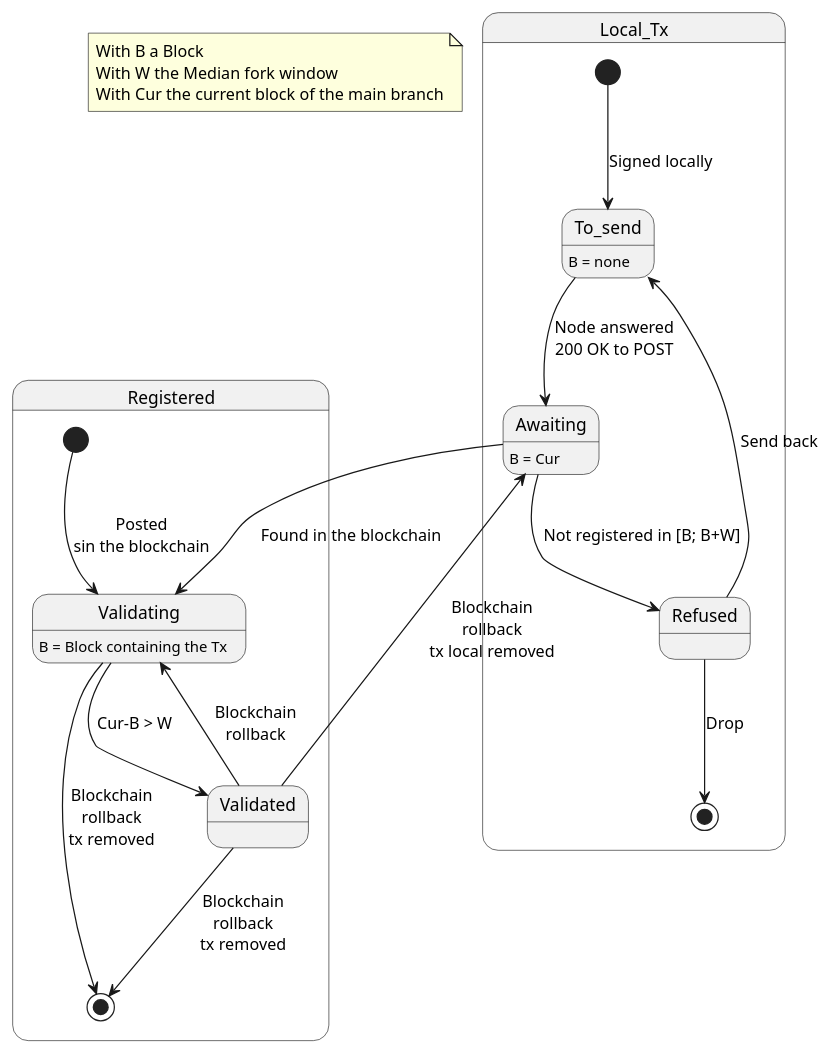
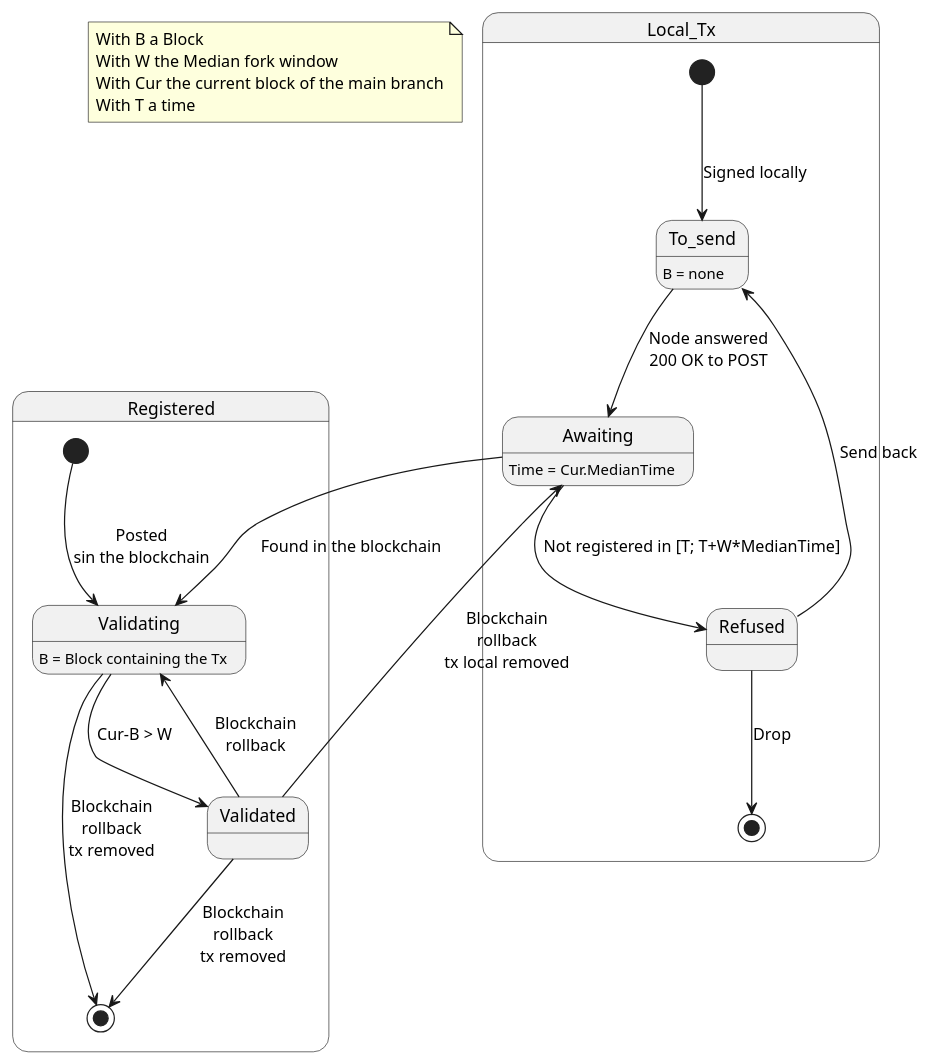
One commit to duniter/sakia changed the diagram in doc/uml/tx_lifecycle.pu. Above: the diagram before and after it, drawn with PlantUML. The commit also changed 14 other files, not shown here.

```diff
--- a/doc/uml/tx_lifecycle.pu
+++ b/doc/uml/tx_lifecycle.pu
@@ -1,24 +1,24 @@
 @startuml
 
-note "With B a Block\nWith W the Median fork window\nWith Cur the current block of the main branch" as N1
+note "With B a Block\nWith W the Median fork window\nWith Cur the current block of the main branch\nWith T a time" as N1
 state Local_Tx {
  [*] --> To_send : Signed locally
  To_send : B = none
  To_send --> Awaiting : Node answered\n200 OK to POST
- Awaiting : B = Cur
- Awaiting --> Refused : Not registered in [B; B+W]
+ Awaiting : Time = Cur.MedianTime
+ Awaiting --> Refused : Not registered in [T; T+W*MedianTime]
  Refused --> To_send : Send back
  Refused --> [*] : Drop
 }
 state Registered {
  [*] --> Validating : Posted\nsin the blockchain
  Validating : B = Block containing the Tx
  Awaiting --> Validating : Found in the blockchain
  Validating --> Validated : Cur-B > W
  Validated --> Validating : Blockchain\nrollback
  Validated --> Awaiting : Blockchain\nrollback\ntx local removed
  Validated --> [*] : Blockchain\nrollback\ntx removed
  Validating --> [*] : Blockchain\nrollback\ntx removed
 }
 
 @enduml
```
